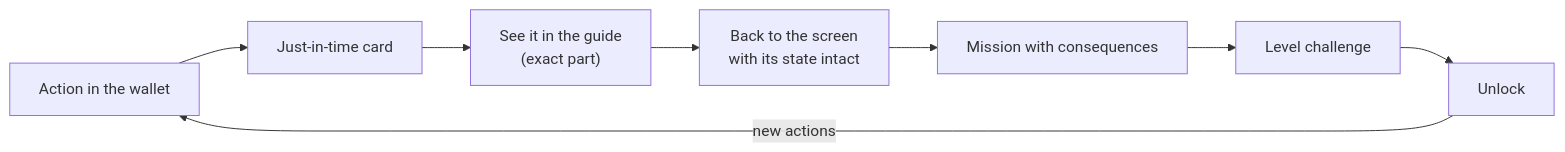
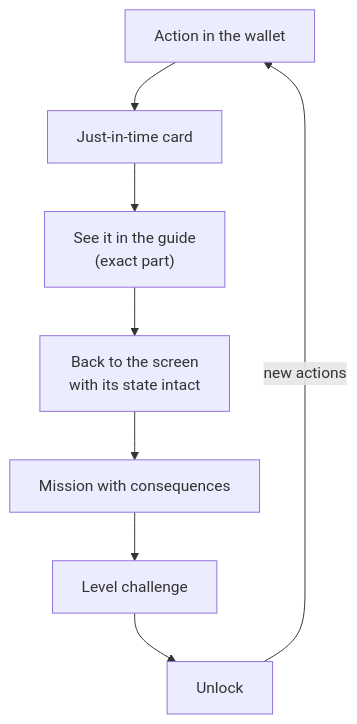
One commit to lpedaci/alcancia-app changed the diagram in README.en.md. Above: the diagram before and after it, drawn with Mermaid. The commit also changed 1 other file, not shown here.

Commit message:
README: draw the learning cycle top to bottom so it fits GitHub's width

````diff
--- a/README.en.md
+++ b/README.en.md
@@ -53,12 +53,12 @@
 ```mermaid
-flowchart LR
+flowchart TB
   accTitle: Alcancía learning cycle
   accDescr: An action in the wallet triggers a just-in-time card. From the card, the person goes to the exact part of the guide and returns to the original screen. Then come the mission with consequences, the level challenge and the unlock of the next section, which brings new actions.
   A[Action in the wallet] --> B[Just-in-time card]
   B --> C["See it in the guide<br/>(exact part)"]
   C --> D[Back to the screen<br/>with its state intact]
   D --> E[Mission with consequences]
   E --> F[Level challenge]
   F --> G[Unlock]
   G -->|new actions| A
 ```
````
